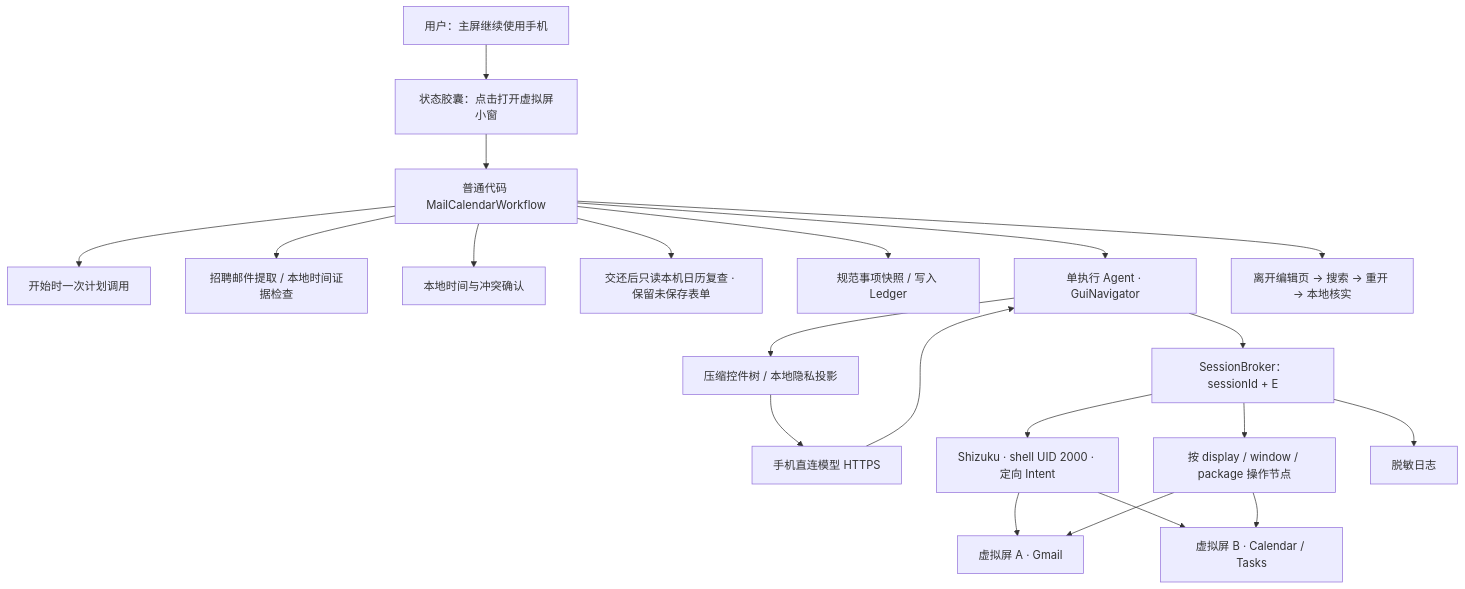
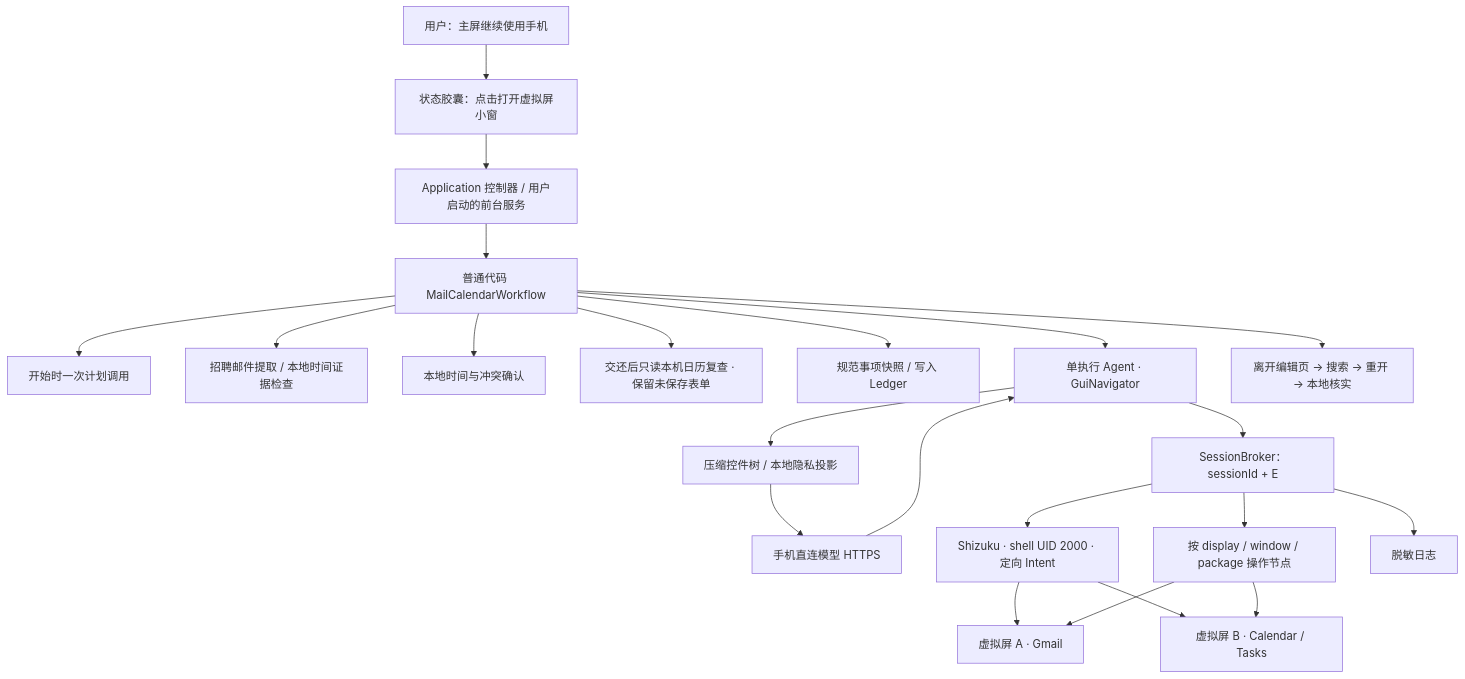
One commit to Charlie-Uni/WellPhone-Bluewhale changed the diagram in README.md. Above: the diagram before and after it, drawn with Mermaid. The commit also changed other lines of this file and 42 other files, not shown here.

````diff
--- a/README.md
+++ b/README.md
@@ -28,23 +28,24 @@
 ```mermaid
 flowchart TB
   User[用户：主屏继续使用手机] --> Capsule[状态胶囊：点击打开虚拟屏小窗]
-  Capsule --> Workflow[普通代码 MailCalendarWorkflow]
+  Capsule --> Host[Application 控制器 / 用户启动的前台服务]
+  Host --> Workflow[普通代码 MailCalendarWorkflow]
   Workflow --> Plan[开始时一次计划调用]
   Workflow --> Extract[招聘邮件提取 / 本地时间证据检查]
   Workflow --> Review[本地时间与冲突确认]
   Workflow --> LocalCalendar[交还后只读本机日历复查 · 保留未保存表单]
   Workflow --> Ledger[规范事项快照 / 写入 Ledger]
   Workflow --> Runner[单执行 Agent · GuiNavigator]
   Runner --> Privacy[压缩控件树 / 本地隐私投影]
   Privacy --> Model[手机直连模型 HTTPS]
   Model --> Runner
   Runner --> Broker[SessionBroker：sessionId + E]
   Broker --> A11y[按 display / window / package 操作节点]
   Broker --> Shell[Shizuku · shell UID 2000 · 定向 Intent]
   Shell --> A[虚拟屏 A · Gmail]
   Shell --> B[虚拟屏 B · Calendar / Tasks]
   A11y --> A
   A11y --> B
   Workflow --> Proof[离开编辑页 → 搜索 → 重开 → 本地核实]
   Broker --> Journal[脱敏日志]
 ```
````
